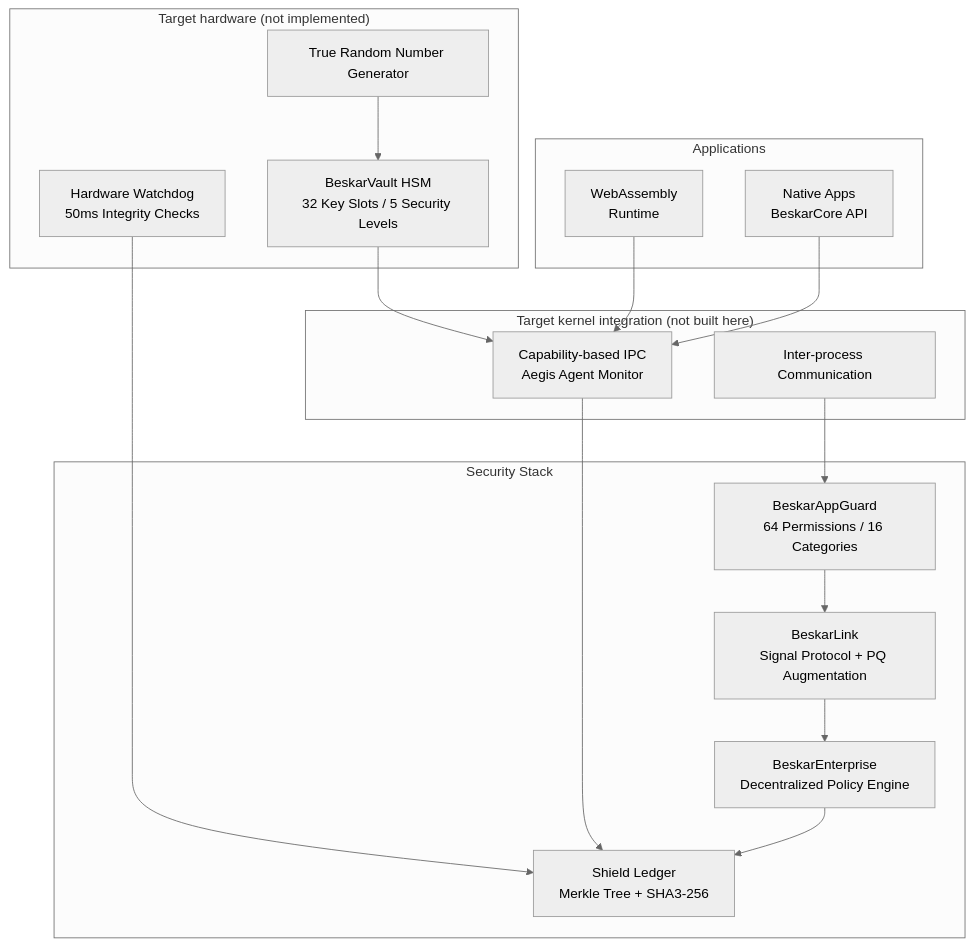
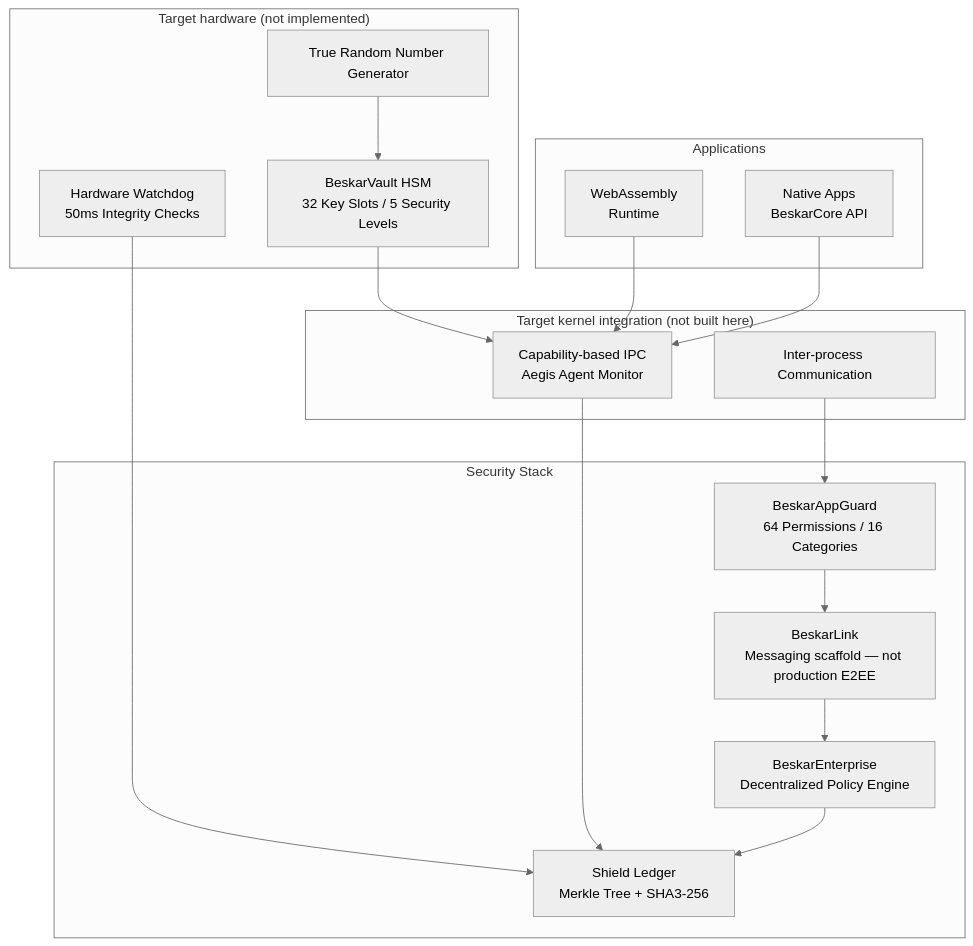
The diagram in README.md (iamGodofall/mandalorian-project), drawn with Mermaid (neutral theme) before and after one commit. The commit also changed other lines of this file, not shown here.

Commit message:
Make README security table evidence-based and remove messaging overclaims

````diff
--- a/README.md
+++ b/README.md
@@ -35,36 +35,36 @@
 ```mermaid
 graph TB
     subgraph Hardware["Target hardware (not implemented)"]
         HSM["BeskarVault HSM<br/>32 Key Slots / 5 Security Levels"]
         WDT["Hardware Watchdog<br/>50ms Integrity Checks"]
         TRNG["True Random Number Generator"]
     end
 
     subgraph Kernel["Target kernel integration (not built here)"]
         CAP["Capability-based IPC<br/>Aegis Agent Monitor"]
         Ipc["Inter-process Communication"]
     end
 
     subgraph Security["Security Stack"]
         GL["Shield Ledger<br/>Merkle Tree + SHA3-256"]
         AG["BeskarAppGuard<br/>64 Permissions / 16 Categories"]
-        BL["BeskarLink<br/>Signal Protocol + PQ Augmentation"]
+        BL["BeskarLink<br/>Messaging scaffold — not production E2EE"]
         BE["BeskarEnterprise<br/>Decentralized Policy Engine"]
     end
 
     subgraph Apps["Applications"]
         WA["WebAssembly<br/>Runtime"]
         NA["Native Apps<br/>BeskarCore API"]
     end
 
     HSM --> CAP
     WDT --> GL
     TRNG --> HSM
     CAP --> GL
     Ipc --> AG
     AG --> BL
     BL --> BE
     BE --> GL
     WA --> CAP
     NA --> CAP
 ```
````
